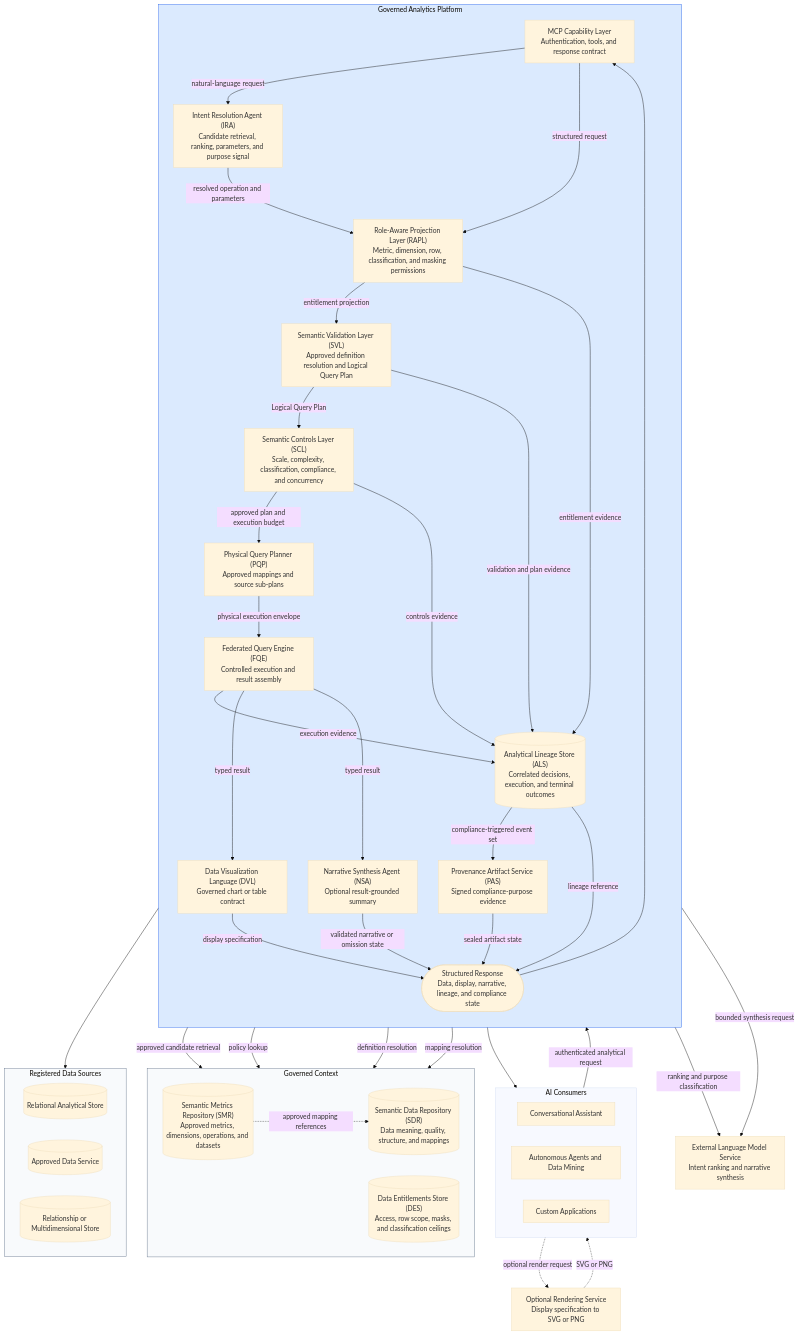
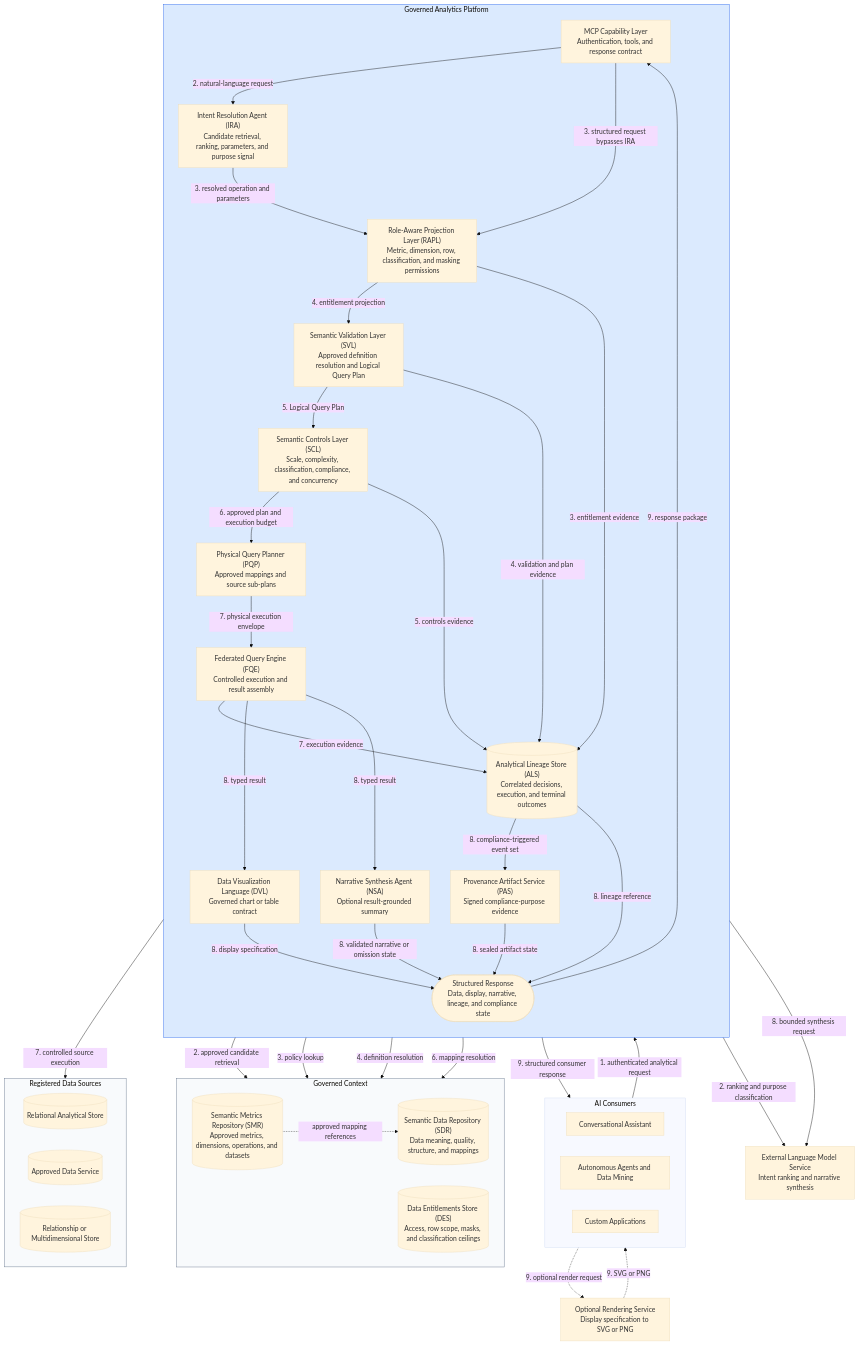
Before and after one commit to M-A-Operating-System/shared-work: the diagram in docs/product/analytics/02-core-capabilities.md, drawn with Mermaid (base theme). The commit also changed other lines of this file, not shown here.

Commit message:
docs: align architecture diagram and request steps

````diff
--- a/docs/product/analytics/02-core-capabilities.md
+++ b/docs/product/analytics/02-core-capabilities.md
@@ -46,78 +46,78 @@
 ```mermaid
 flowchart TD
     subgraph Consumers["AI Consumers"]
         direction LR
         Chat["Conversational Assistant"]
         Agents["Autonomous Agents and Data Mining"]
         Apps["Custom Applications"]
     end
 
     subgraph Platform["Governed Analytics Platform"]
         direction TB
         MCP["MCP Capability Layer\nAuthentication, tools, and response contract"]
         IRA["Intent Resolution Agent (IRA)\nCandidate retrieval, ranking, parameters, and purpose signal"]
         RAPL["Role-Aware Projection Layer (RAPL)\nMetric, dimension, row, classification, and masking permissions"]
         SVL["Semantic Validation Layer (SVL)\nApproved definition resolution and Logical Query Plan"]
         SCL["Semantic Controls Layer (SCL)\nScale, complexity, classification, compliance, and concurrency"]
         PQP["Physical Query Planner (PQP)\nApproved mappings and source sub-plans"]
         FQE["Federated Query Engine (FQE)\nControlled execution and result assembly"]
         DVL["Data Visualization Language (DVL)\nGoverned chart or table contract"]
         NSA["Narrative Synthesis Agent (NSA)\nOptional result-grounded summary"]
         ALS[("Analytical Lineage Store (ALS)\nCorrelated decisions, execution, and terminal outcomes")]
         PAS["Provenance Artifact Service (PAS)\nSigned compliance-purpose evidence"]
         Response(["Structured Response\nData, display, narrative, lineage, and compliance state"])
     end
 
     subgraph Context["Governed Context"]
         direction LR
         SMR[("Semantic Metrics Repository (SMR)\nApproved metrics, dimensions, operations, and datasets")]
         SDR[("Semantic Data Repository (SDR)\nData meaning, quality, structure, and mappings")]
         DES[("Data Entitlements Store (DES)\nAccess, row scope, masks, and classification ceilings")]
         SMR -. "approved mapping references" .-> SDR
     end
 
     Model["External Language Model Service\nIntent ranking and narrative synthesis"]
     Renderer["Optional Rendering Service\nDisplay specification to SVG or PNG"]
 
     subgraph Sources["Registered Data Sources"]
         direction LR
         Relational[("Relational Analytical Store")]
         DataAPI[("Approved Data Service")]
         Specialized[("Relationship or Multidimensional Store")]
     end
 
-    Consumers -->|"authenticated analytical request"| MCP
-    MCP -->|"natural-language request"| IRA
-    MCP -->|"structured request"| RAPL
-    IRA -->|"approved candidate retrieval"| SMR
-    IRA -->|"ranking and purpose classification"| Model
-    IRA -->|"resolved operation and parameters"| RAPL
-    RAPL -->|"policy lookup"| DES
-    RAPL -->|"entitlement projection"| SVL
-    RAPL -->|"entitlement evidence"| ALS
-    SVL -->|"definition resolution"| SMR
-    SVL -->|"Logical Query Plan"| SCL
-    SVL -->|"validation and plan evidence"| ALS
-    SCL -->|"approved plan and execution budget"| PQP
-    SCL -->|"controls evidence"| ALS
-    PQP -->|"mapping resolution"| SMR
-    PQP -->|"physical execution envelope"| FQE
-    FQE --> Sources
-    FQE -->|"execution evidence"| ALS
-    FQE -->|"typed result"| DVL
-    FQE -->|"typed result"| NSA
-    NSA -->|"bounded synthesis request"| Model
-    ALS -->|"compliance-triggered event set"| PAS
-    DVL -->|"display specification"| Response
-    NSA -->|"validated narrative or omission state"| Response
-    ALS -->|"lineage reference"| Response
-    PAS -->|"sealed artifact state"| Response
-    Response --> MCP
-    MCP --> Consumers
-    Consumers -. "optional render request" .-> Renderer
-    Renderer -. "SVG or PNG" .-> Consumers
+    Consumers -->|"1. authenticated analytical request"| MCP
+    MCP -->|"2. natural-language request"| IRA
+    MCP -->|"3. structured request bypasses IRA"| RAPL
+    IRA -->|"2. approved candidate retrieval"| SMR
+    IRA -->|"2. ranking and purpose classification"| Model
+    IRA -->|"3. resolved operation and parameters"| RAPL
+    RAPL -->|"3. policy lookup"| DES
+    RAPL -->|"4. entitlement projection"| SVL
+    RAPL -->|"3. entitlement evidence"| ALS
+    SVL -->|"4. definition resolution"| SMR
+    SVL -->|"5. Logical Query Plan"| SCL
+    SVL -->|"4. validation and plan evidence"| ALS
+    SCL -->|"6. approved plan and execution budget"| PQP
+    SCL -->|"5. controls evidence"| ALS
+    PQP -->|"6. mapping resolution"| SMR
+    PQP -->|"7. physical execution envelope"| FQE
+    FQE -->|"7. controlled source execution"| Sources
+    FQE -->|"7. execution evidence"| ALS
+    FQE -->|"8. typed result"| DVL
+    FQE -->|"8. typed result"| NSA
+    NSA -->|"8. bounded synthesis request"| Model
+    ALS -->|"8. compliance-triggered event set"| PAS
+    DVL -->|"8. display specification"| Response
+    NSA -->|"8. validated narrative or omission state"| Response
+    ALS -->|"8. lineage reference"| Response
+    PAS -->|"8. sealed artifact state"| Response
+    Response -->|"9. response package"| MCP
+    MCP -->|"9. structured consumer response"| Consumers
+    Consumers -. "9. optional render request" .-> Renderer
+    Renderer -. "9. SVG or PNG" .-> Consumers
 
     style Platform fill:#dbeafe,stroke:#2563eb
     style Context fill:#f8fafc,stroke:#64748b
     style Sources fill:#f8fafc,stroke:#64748b
 ```
````
